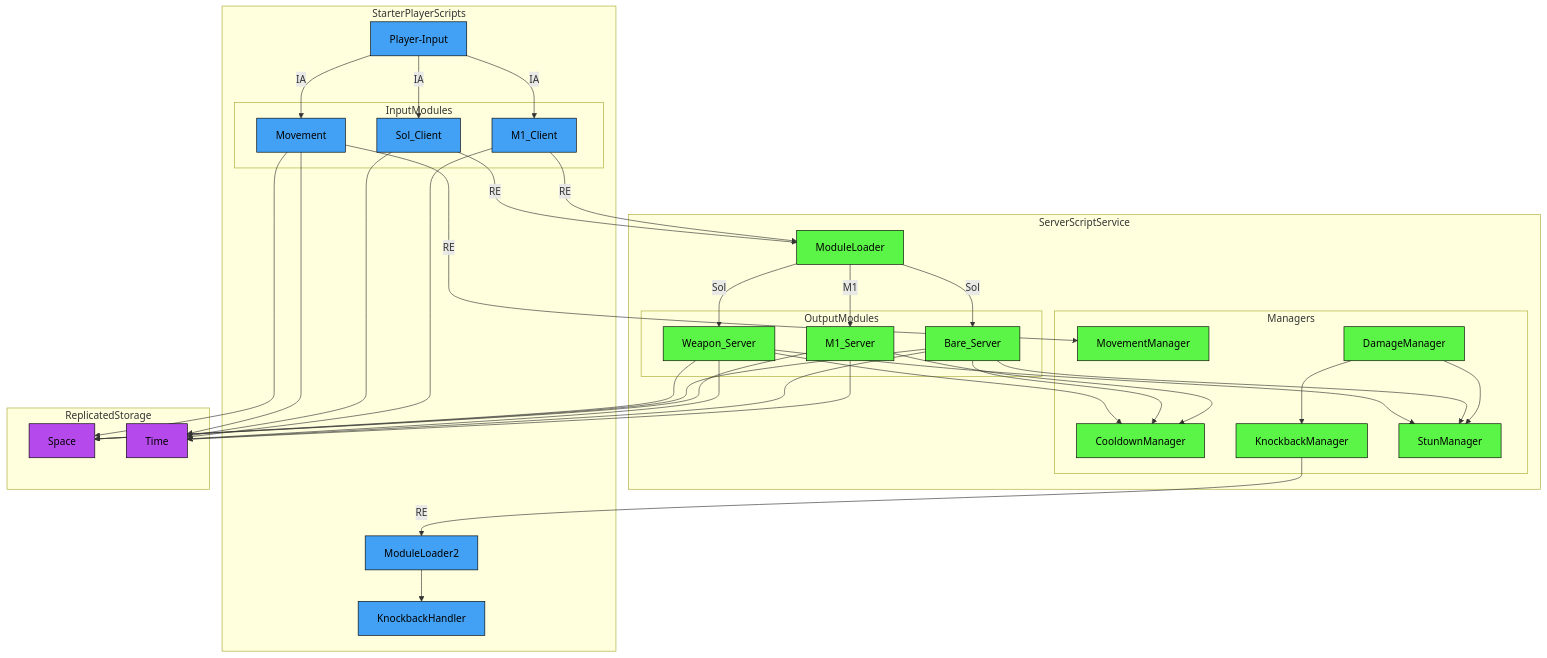
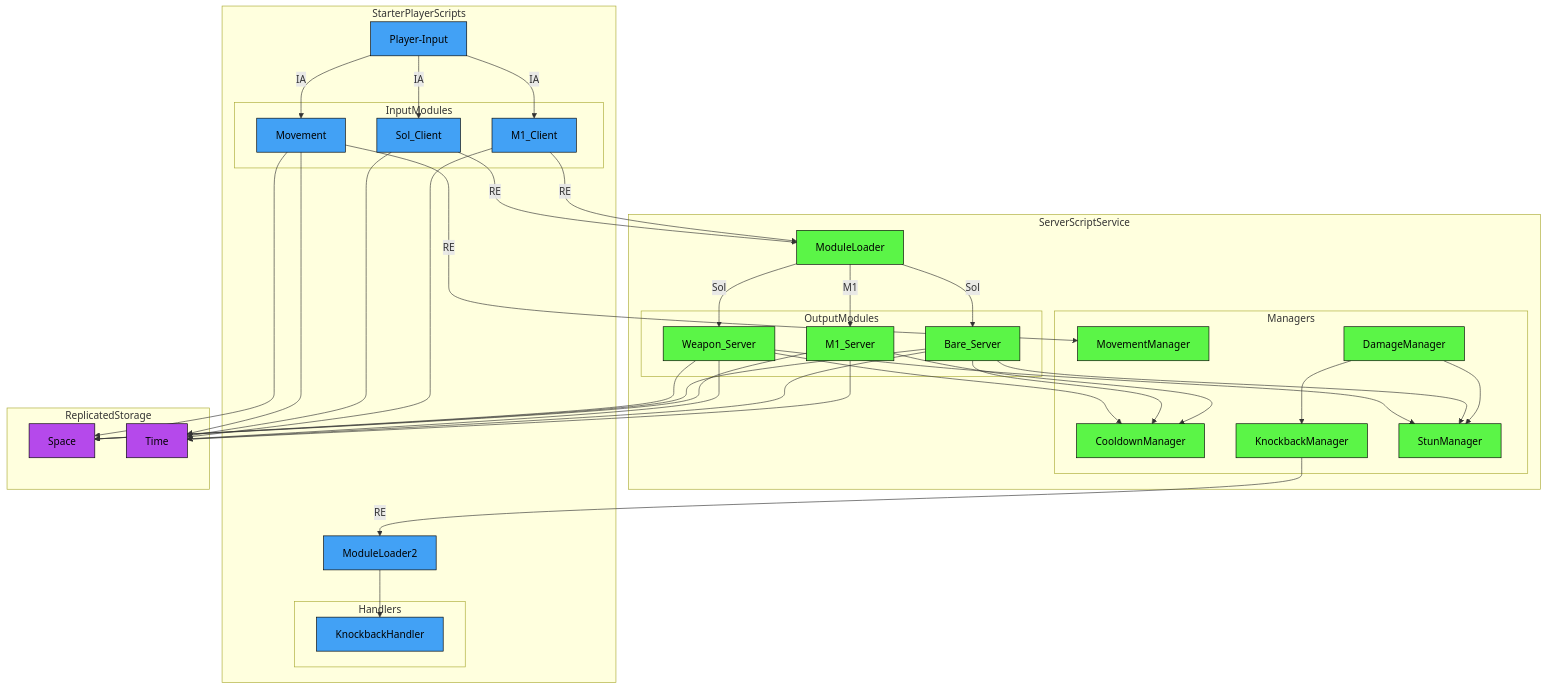
Before and after one commit to altair5607249/Crusaders-Game: the second of 5 diagrams in README.md, drawn with Mermaid. The commit also changed other lines of this file, not shown here.

````diff
--- a/README.md
+++ b/README.md
@@ -53,12 +96,11 @@
   classDef clientNode fill:#42a1f5,stroke:#000000,color:#000000
   classDef universalNode fill:#b549eb,stroke:#000000,color:#000000
 
-  classDef redNode fill:#ff9191,stroke:#000000,color:#000000
-  classDef yellowNode fill:#fdff91,stroke:#000000,color:#000000
-  classDef greenNode fill:#91ff9c,stroke:#000000,color:#000000
-  classDef blueNode fill:#91b8ff,stroke:#000000,color:#000000
+  subgraph StarterPlayerScripts
+    subgraph Handlers
+      KnockbackHandler;
+    end
 
-  subgraph StarterPlayerScripts
     ModuleLoader2-->KnockbackHandler;
   
     subgraph InputModules
@@ -130,9 +172,4 @@
   class ModuleLoader,M1_Server,Bare_Server,Weapon_Server,MovementManager,DamageManager,KnockbackManager,StunManager,CooldownManager serverNode;
   class ModuleLoader2,Player-Input,M1_Client,Sol_Client,Movement,KnockbackHandler clientNode;
   class Space,Time universalNode;
-
-  class BSC-Redd,WSC-Redd redNode;
-  class BSC-Yello,WSC-Yello yellowNode;
-  class BSC-Gleen,WSC-Gleen greenNode;
-  class BSC-Bluee,WSC-Bluee blueNode;
 ```
````
